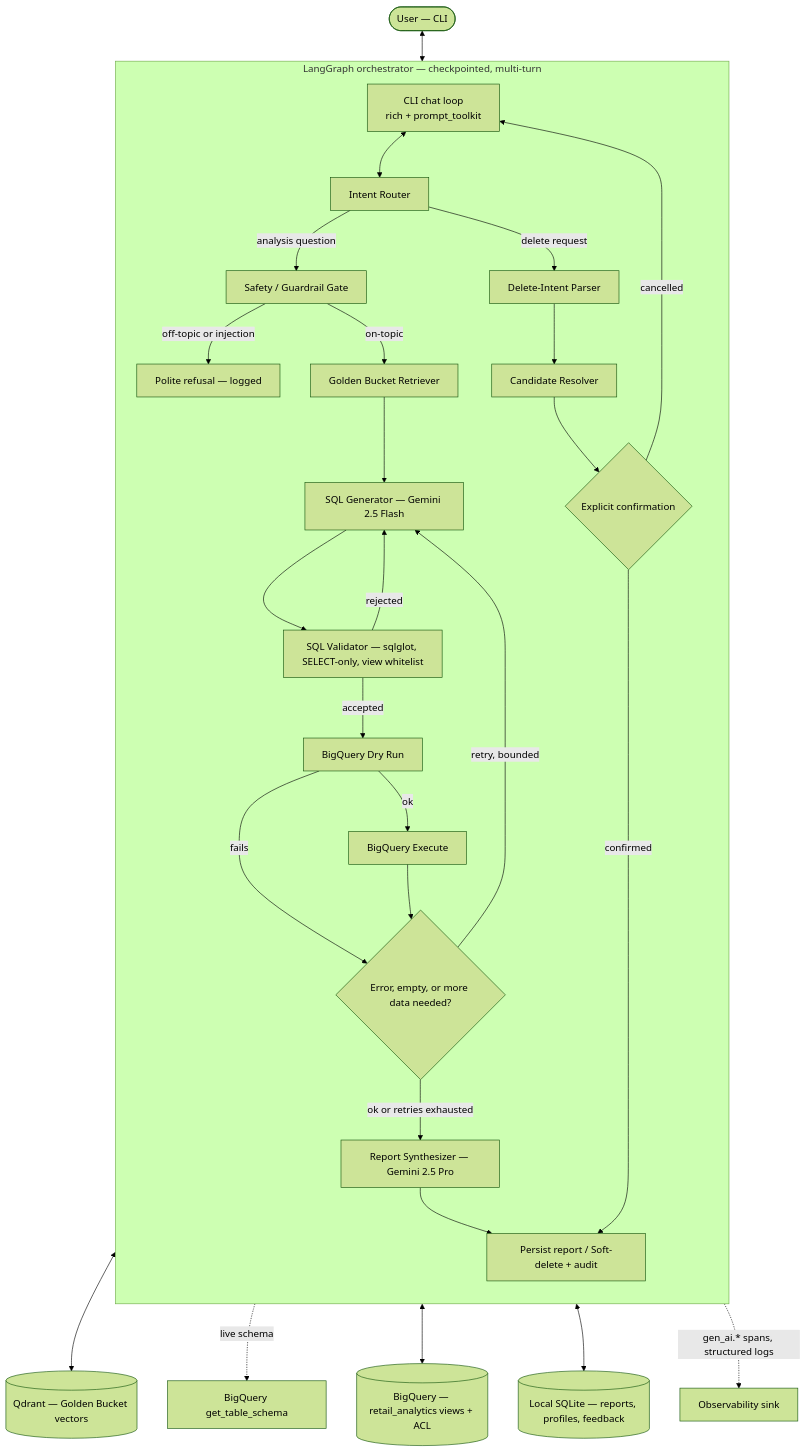
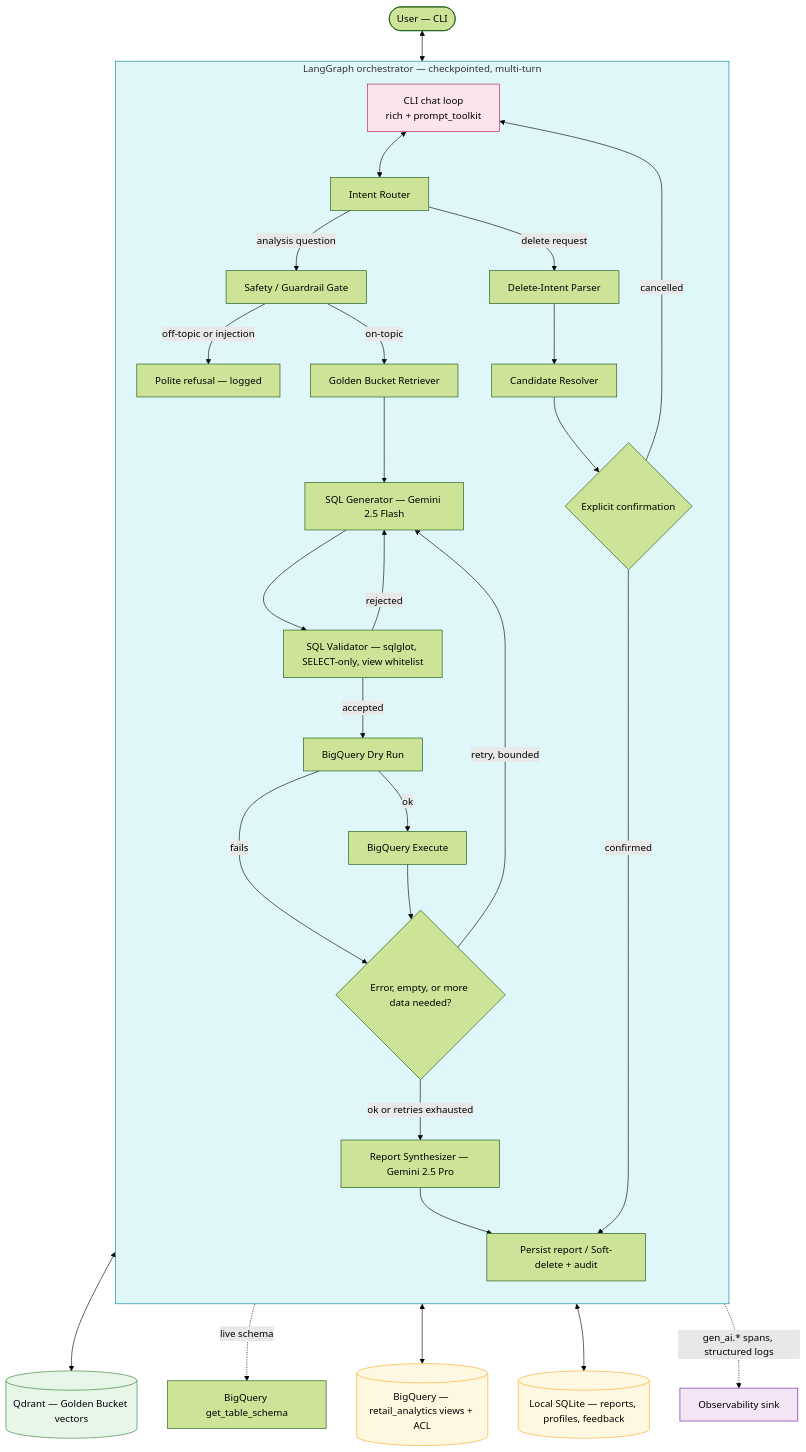
One commit to darynka-xo/opsfleet-tech-assignment changed the first of 2 diagrams in docs/architecture.md. Above: the diagram before and after it, drawn with Mermaid (forest theme). The commit also changed other lines of this file and 21 other files, not shown here.

````diff
--- a/docs/architecture.md
+++ b/docs/architecture.md
@@ -12,48 +12,55 @@
 ```mermaid
 flowchart TB
     User(["User — CLI"]) <--> CLI["CLI chat loop<br/>rich + prompt_toolkit"]
     CLI <--> Router
 
     subgraph Graph["LangGraph orchestrator — checkpointed, multi-turn"]
         direction TB
         Router["Intent Router"]
         Guard["Safety / Guardrail Gate"]
         Reject["Polite refusal — logged"]
         Retrieve["Golden Bucket Retriever"]
         GenSQL["SQL Generator — Gemini 2.5 Flash"]
         Validate["SQL Validator — sqlglot, SELECT-only, view whitelist"]
         DryRun["BigQuery Dry Run"]
         Execute["BigQuery Execute"]
         SelfCorrect{"Error, empty, or more data needed?"}
         Synthesize["Report Synthesizer — Gemini 2.5 Pro"]
         DeleteParse["Delete-Intent Parser"]
         ResolveCand["Candidate Resolver"]
         Confirm{"Explicit confirmation"}
         Persist["Persist report / Soft-delete + audit"]
 
         Router -->|analysis question| Guard
         Router -->|delete request| DeleteParse
         Guard -->|off-topic or injection| Reject
         Guard -->|on-topic| Retrieve
         Retrieve --> GenSQL
         GenSQL --> Validate
         Validate -->|rejected| GenSQL
         Validate -->|accepted| DryRun
         DryRun -->|fails| SelfCorrect
         DryRun -->|ok| Execute
         Execute --> SelfCorrect
         SelfCorrect -->|retry, bounded| GenSQL
         SelfCorrect -->|ok or retries exhausted| Synthesize
         Synthesize --> Persist
         DeleteParse --> ResolveCand
         ResolveCand --> Confirm
         Confirm -->|confirmed| Persist
         Confirm -->|cancelled| CLI
     end
 
     Retrieve <--> Qdrant[("Qdrant — Golden Bucket vectors")]
     GenSQL -.->|live schema| SchemaTool["BigQuery get_table_schema"]
     Execute <--> BQ[("BigQuery — retail_analytics views + ACL")]
     Persist <--> SQLite[("Local SQLite — reports, profiles, feedback")]
     Graph -.->|gen_ai.* spans, structured logs| Otel["Observability sink"]
+
+    style Graph fill:#e0f7fa,stroke:#00838f
+    style Qdrant fill:#e8f5e9,stroke:#2e7d32
+    style BQ fill:#fff8e1,stroke:#f9a825
+    style SQLite fill:#fff8e1,stroke:#f9a825
+    style Otel fill:#f3e5f5,stroke:#6a1b9a
+    style CLI fill:#fce4ec,stroke:#ad1457
 ```
````
